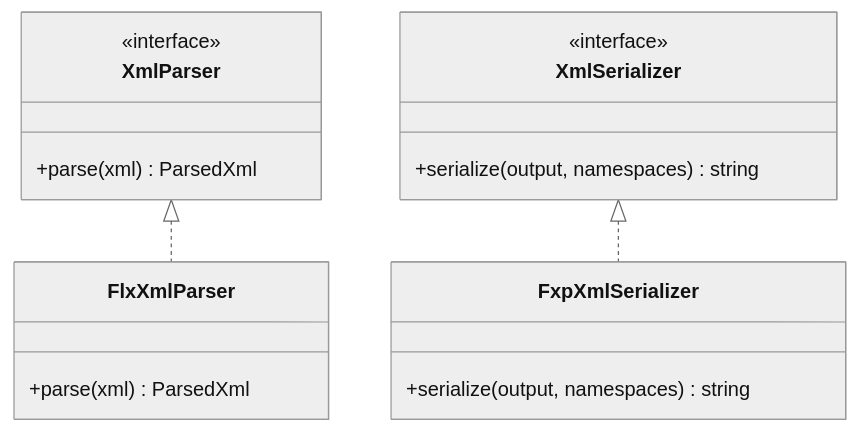
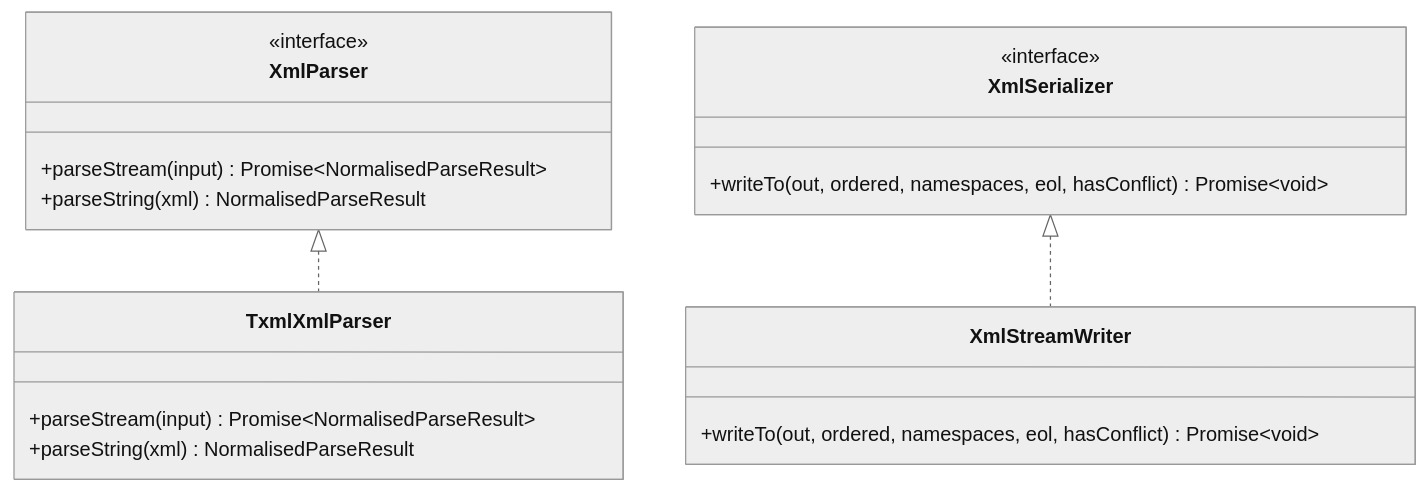
One commit to scolladon/sf-git-merge-driver changed the fourth of 8 diagrams in DESIGN.md. Above: the diagram before and after it, drawn with Mermaid (neutral theme). The commit also changed other lines of this file and 179 other files, not shown here.

Commit message:
feat(pipeline): streaming XML (parse + write) (#189)

````diff
--- a/DESIGN.md
+++ b/DESIGN.md
@@ -163,23 +163,25 @@
 ```mermaid
 classDiagram
     class XmlParser {
         <<interface>>
-        +parse(xml) ParsedXml
+        +parseStream(input) Promise~NormalisedParseResult~
+        +parseString(xml) NormalisedParseResult
     }
 
     class XmlSerializer {
         <<interface>>
-        +serialize(output, namespaces) string
+        +writeTo(out, ordered, namespaces, eol, hasConflict) Promise~void~
     }
 
-    class FlxXmlParser {
-        +parse(xml) ParsedXml
+    class TxmlXmlParser {
+        +parseStream(input) Promise~NormalisedParseResult~
+        +parseString(xml) NormalisedParseResult
     }
 
-    class FxpXmlSerializer {
-        +serialize(output, namespaces) string
+    class XmlStreamWriter {
+        +writeTo(out, ordered, namespaces, eol, hasConflict) Promise~void~
     }
 
-    XmlParser <|.. FlxXmlParser
-    XmlSerializer <|.. FxpXmlSerializer
+    XmlParser <|.. TxmlXmlParser
+    XmlSerializer <|.. XmlStreamWriter
 ```
````
